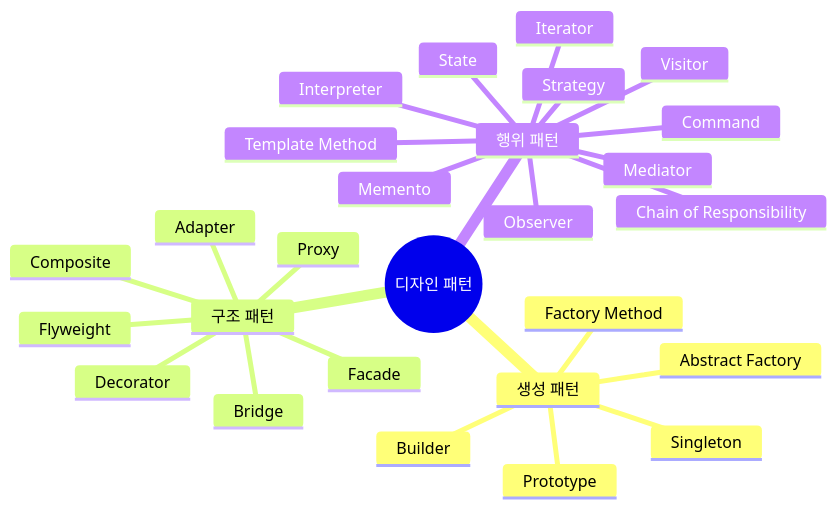
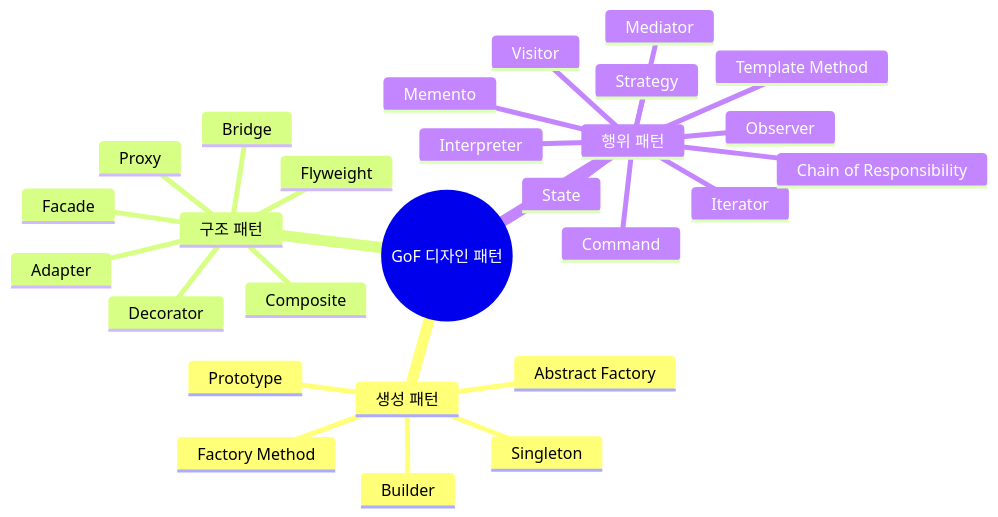
The fourth of 10 diagrams in _posts/2026-07-18-eip-object_interface-study-1.md (sungjin-dev/sungjin-dev.github.io), drawn with Mermaid before and after one commit.

````diff
--- a/_posts/2026-07-18-eip-object_interface-study-1.md
+++ b/_posts/2026-07-18-eip-object_interface-study-1.md
@@ -217,30 +217,30 @@
 ```mermaid
 mindmap
-  root((디자인 패턴))
+  root((GoF 디자인 패턴))
     생성 패턴
       Builder
       Prototype
       Factory Method
       Abstract Factory
       Singleton
     구조 패턴
       Bridge
       Decorator
       Facade
       Flyweight
       Proxy
       Composite
       Adapter
     행위 패턴
       Mediator
       Interpreter
       Iterator
       Template Method
       Observer
       State
       Visitor
       Command
       Strategy
       Memento
       Chain of Responsibility
 ```
````
